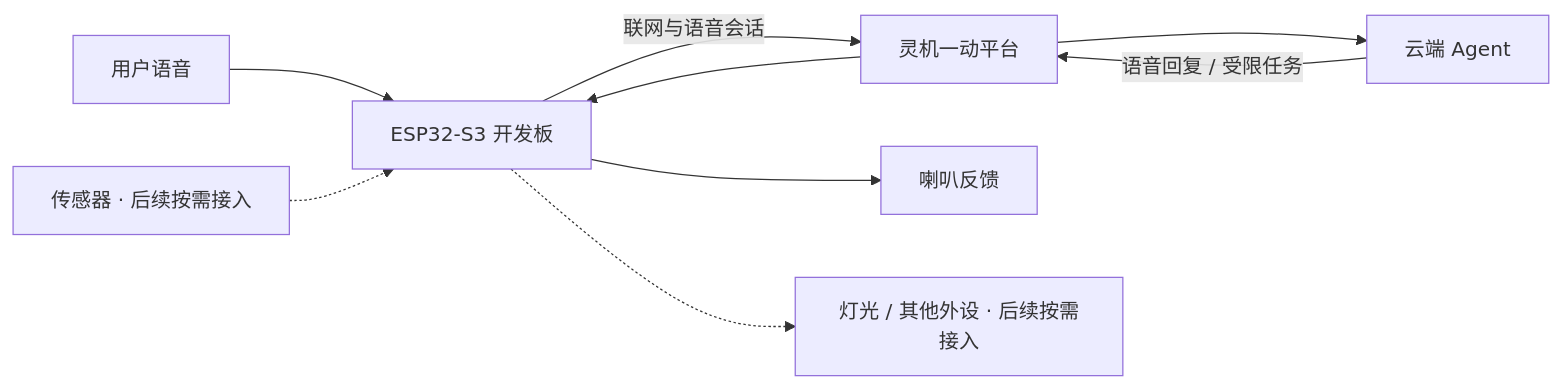
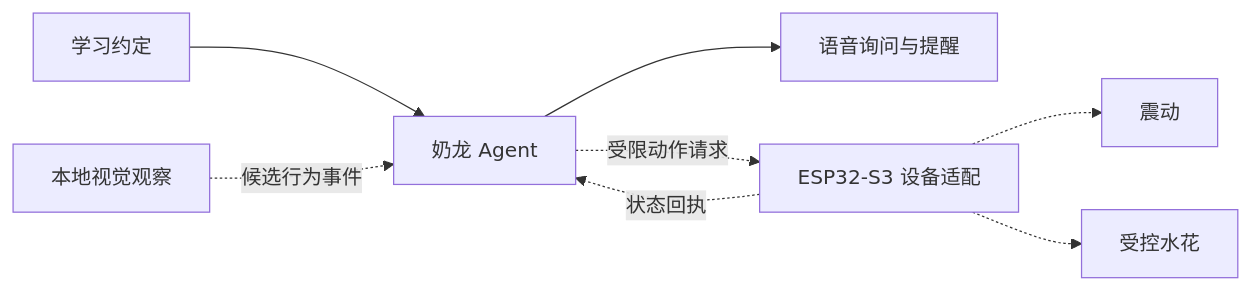
One commit to fingercd/ljyd-ai-hardware-hackathon changed the diagram in README.md. Above: the diagram before and after it, drawn with Mermaid. The commit also changed other lines of this file and 6 other files, not shown here.

Commit message:
feat: introduce Study Dino product story and preview-first roadmap

````diff
--- a/README.md
+++ b/README.md
@@ -45,11 +56,10 @@
 ```mermaid
 flowchart LR
-    U[用户语音] --> B[ESP32-S3 开发板]
-    B -->|联网与语音会话| C[灵机一动平台]
-    C --> A[云端 Agent]
-    A -->|语音回复 / 受限任务| C
-    C --> B
-    B --> S[喇叭反馈]
-    P[传感器 · 后续按需接入] -.-> B
-    B -.-> O[灯光 / 其他外设 · 后续按需接入]
+    U[学习约定] --> A[奶龙 Agent]
+    V[本地视觉观察] -. 候选行为事件 .-> A
+    A --> S[语音询问与提醒]
+    A -. 受限动作请求 .-> B[ESP32-S3 设备适配]
+    B -.-> M[震动]
+    B -.-> W[受控水花]
+    B -. 状态回执 .-> A
 ```
````
